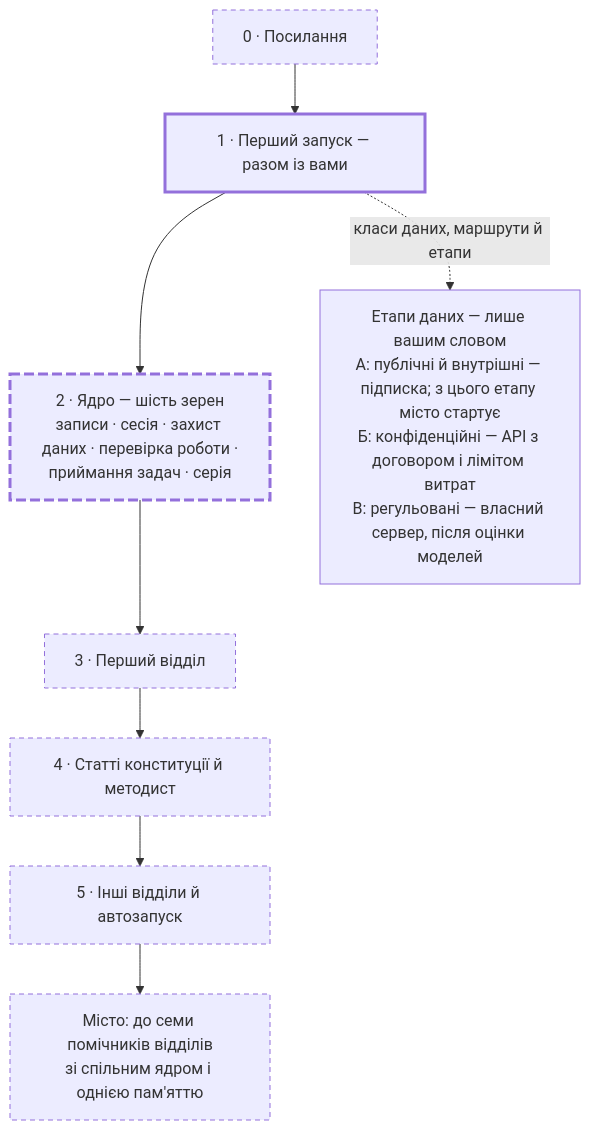
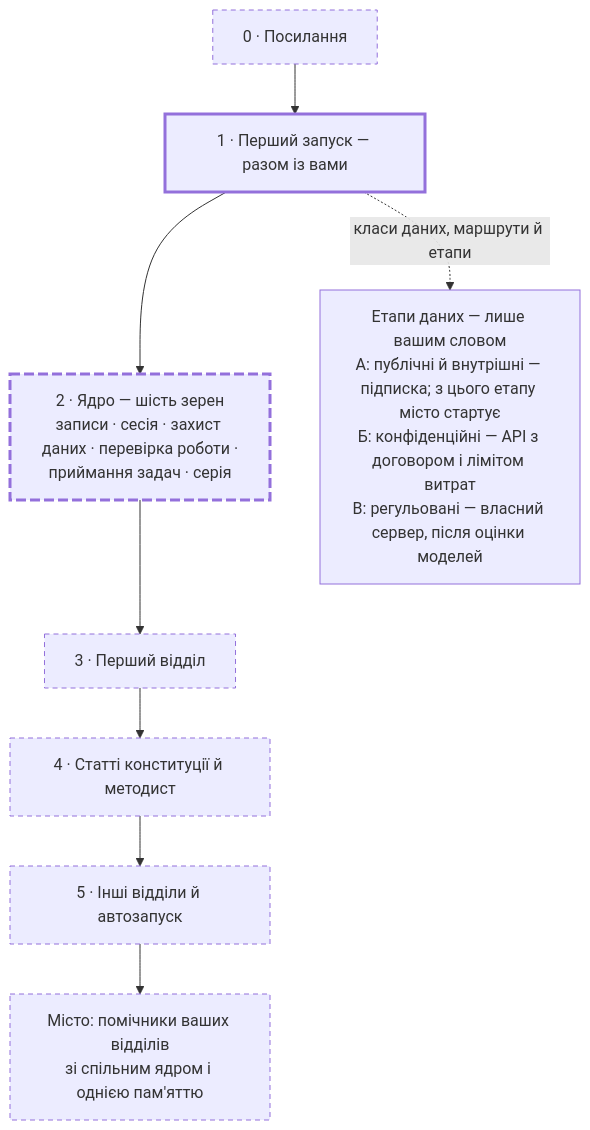
Before and after one commit to automician/seeds-for-company-agents-uk: the diagram in README.md, drawn with Mermaid. The commit also changed other lines of this file and 10 other files, not shown here.

````diff
--- a/README.md
+++ b/README.md
@@ -53,19 +55,19 @@
 ```mermaid
 flowchart TD
   S0["0 · Посилання"]
   S1["1 · Перший запуск — разом із вами"]
   S2["2 · Ядро — шість зерен<br/>записи · сесія · захист даних · перевірка роботи ·<br/>приймання задач · серія"]
   S3["3 · Перший відділ"]
   S4["4 · Статті конституції й методист"]
   S5["5 · Інші відділи й автозапуск"]
-  C["Місто: до семи помічників відділів<br/>зі спільним ядром і однією пам'яттю"]
+  C["Місто: помічники ваших відділів<br/>зі спільним ядром і однією пам'яттю"]
   D["Етапи даних — лише вашим словом<br/>А: публічні й внутрішні — підписка; з цього етапу місто стартує<br/>Б: конфіденційні — API з договором і лімітом витрат<br/>В: регульовані — власний сервер, після оцінки моделей"]
   S0 --> S1 --> S2 --> S3 --> S4 --> S5 --> C
   S1 -.->|"класи даних, маршрути й етапи"| D
   classDef checked stroke-width:3px
   classDef partial stroke-width:3px,stroke-dasharray:10 4
   classDef unchecked stroke-dasharray:5 4
   class S1 checked
   class S2 partial
   class S0,S3,S4,S5,C unchecked
 ```
````
